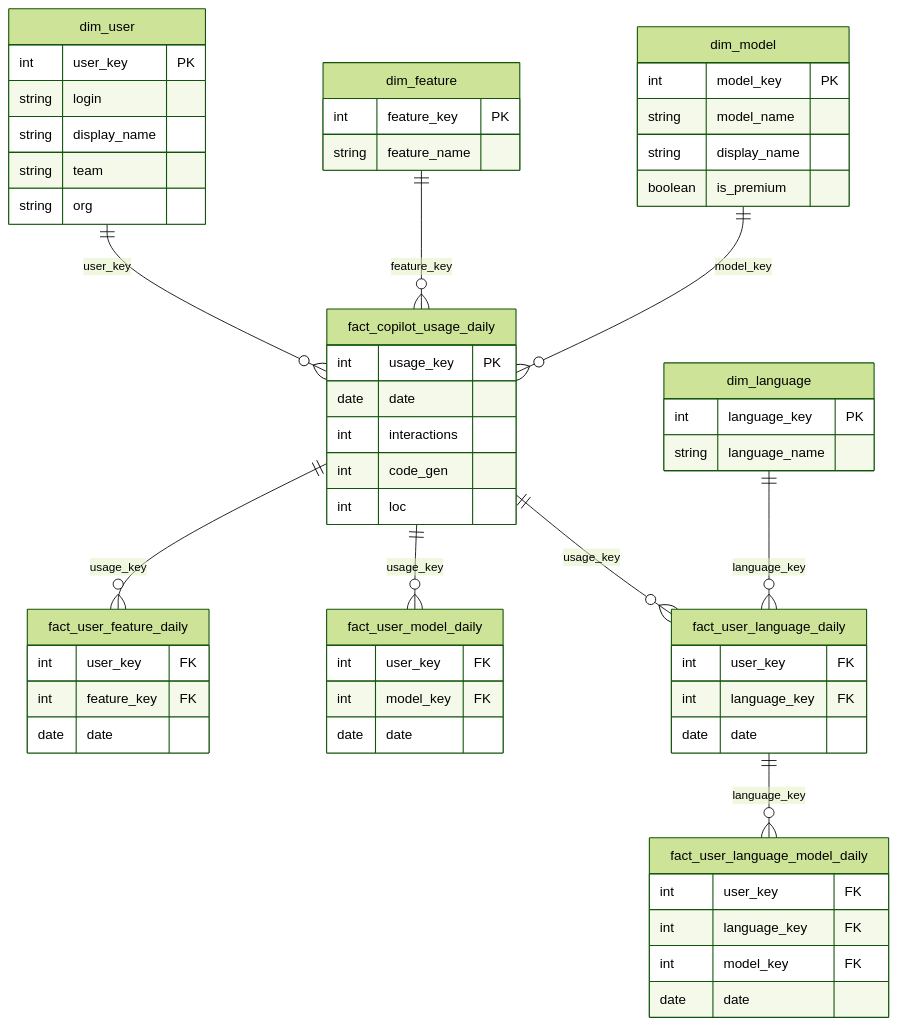
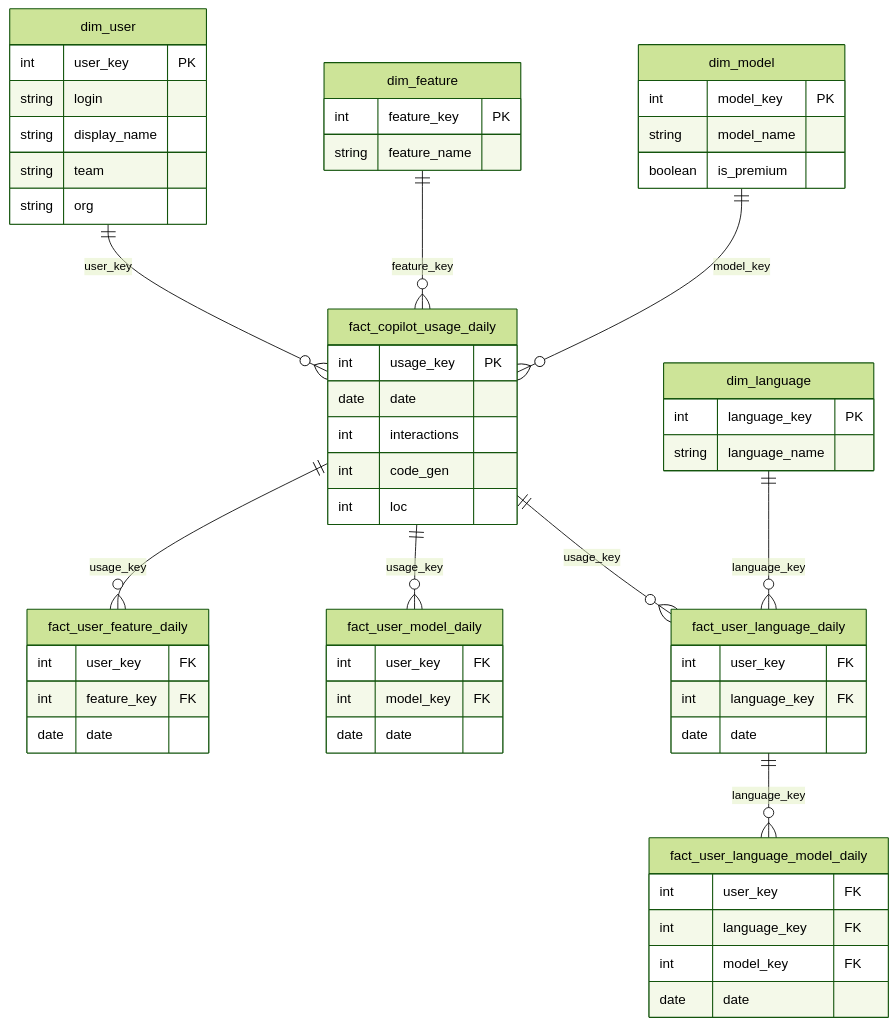
Before and after one commit to amgdy/github-copilot-insights-dashboard: the third of 6 diagrams in docs/architecture.md, drawn with Mermaid (forest theme). The commit also changed 11 other files, not shown here.

````diff
--- a/docs/architecture.md
+++ b/docs/architecture.md
@@ -116,71 +116,70 @@
 ```mermaid
 erDiagram
     dim_user ||--o{ fact_copilot_usage_daily : "user_key"
     dim_feature ||--o{ fact_copilot_usage_daily : "feature_key"
     dim_model ||--o{ fact_copilot_usage_daily : "model_key"
 
     fact_copilot_usage_daily ||--o{ fact_user_feature_daily : "usage_key"
     fact_copilot_usage_daily ||--o{ fact_user_model_daily : "usage_key"
     fact_copilot_usage_daily ||--o{ fact_user_language_daily : "usage_key"
 
     dim_language ||--o{ fact_user_language_daily : "language_key"
     fact_user_language_daily ||--o{ fact_user_language_model_daily : "language_key"
 
     dim_user {
         int user_key PK
         string login
         string display_name
         string team
         string org
     }
 
     dim_feature {
         int feature_key PK
         string feature_name
     }
 
     dim_model {
         int model_key PK
         string model_name
-        string display_name
         boolean is_premium
     }
 
     dim_language {
         int language_key PK
         string language_name
     }
 
     fact_copilot_usage_daily {
         int usage_key PK
         date date
         int interactions
         int code_gen
         int loc
     }
 
     fact_user_feature_daily {
         int user_key FK
         int feature_key FK
         date date
     }
 
     fact_user_model_daily {
         int user_key FK
         int model_key FK
         date date
     }
 
     fact_user_language_daily {
         int user_key FK
         int language_key FK
         date date
     }
 
     fact_user_language_model_daily {
         int user_key FK
         int language_key FK
         int model_key FK
         date date
     }
 ```
````
